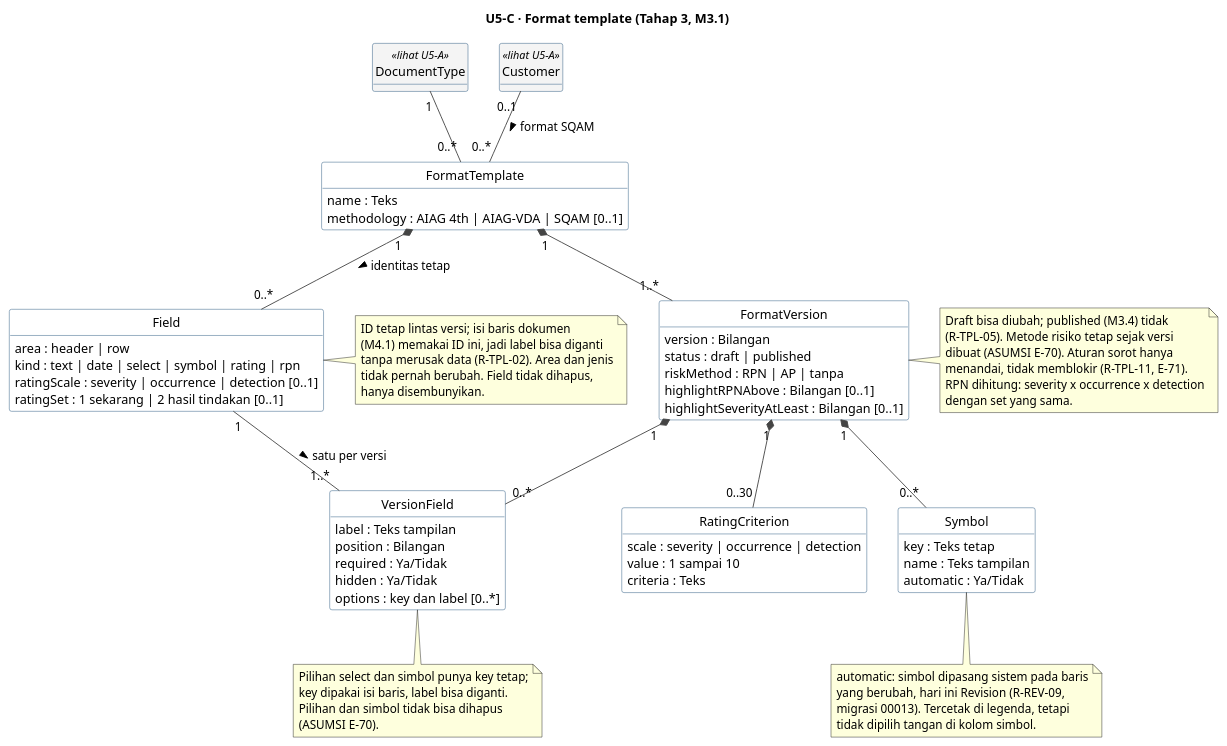
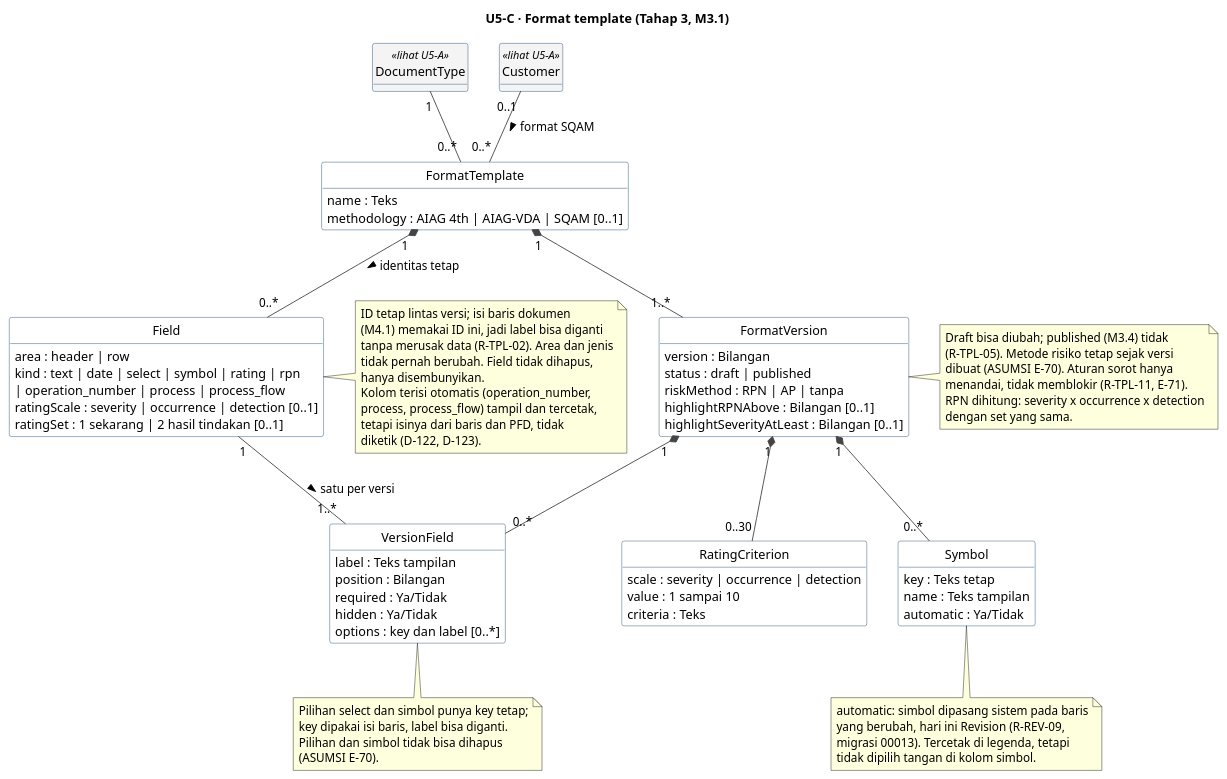
One commit to dkpauzi/revioten changed the third of 5 diagrams in docs/uml/U5-kelas-domain.puml. Above: the diagram before and after it, drawn with PlantUML. The commit also changed other lines of this file and 21 other files, not shown here.

```diff
--- a/docs/uml/U5-kelas-domain.puml
+++ b/docs/uml/U5-kelas-domain.puml
@@ -398,96 +399,101 @@
 @startuml U5-C-format-template
 hide circle
 hide empty methods
 skinparam shadowing false
 skinparam ArrowColor #444444
 skinparam class {
   BorderColor #1F4E79
   BackgroundColor #FFFFFF
   BackgroundColor<<lihat U5-A>> #F4F4F4
 }
 
 title U5-C · Format template (Tahap 3, M3.1)
 
 class FormatTemplate {
   name : Teks
   methodology : AIAG 4th | AIAG-VDA | SQAM [0..1]
 }
 
 class FormatVersion {
   version : Bilangan
   status : draft | published
   riskMethod : RPN | AP | tanpa
   highlightRPNAbove : Bilangan [0..1]
   highlightSeverityAtLeast : Bilangan [0..1]
 }
 
 class Field {
   area : header | row
   kind : text | date | select | symbol | rating | rpn
+         | operation_number | process | process_flow
   ratingScale : severity | occurrence | detection [0..1]
   ratingSet : 1 sekarang | 2 hasil tindakan [0..1]
 }
 
 class VersionField {
   label : Teks tampilan
   position : Bilangan
   required : Ya/Tidak
   hidden : Ya/Tidak
   options : key dan label [0..*]
 }
 
 class RatingCriterion {
   scale : severity | occurrence | detection
   value : 1 sampai 10
   criteria : Teks
 }
 
 class Symbol {
   key : Teks tetap
   name : Teks tampilan
   automatic : Ya/Tidak
 }
 
 class DocumentType <<lihat U5-A>>
 class Customer <<lihat U5-A>>
 
 DocumentType "1" -- "0..*" FormatTemplate
 Customer "0..1" -- "0..*" FormatTemplate : format SQAM >
 FormatTemplate "1" *-- "1..*" FormatVersion
 FormatTemplate "1" *-- "0..*" Field : identitas tetap >
 FormatVersion "1" *-- "0..*" VersionField
 Field "1" -- "1..*" VersionField : satu per versi >
 FormatVersion "1" *-- "0..30" RatingCriterion
 FormatVersion "1" *-- "0..*" Symbol
 
 note right of Field
   ID tetap lintas versi; isi baris dokumen
   (M4.1) memakai ID ini, jadi label bisa diganti
   tanpa merusak data (R-TPL-02). Area dan jenis
   tidak pernah berubah. Field tidak dihapus,
   hanya disembunyikan.
+  Kolom terisi otomatis (operation_number,
+  process, process_flow) tampil dan tercetak,
+  tetapi isinya dari baris dan PFD, tidak
+  diketik (D-122, D-123).
 end note
 
 note right of FormatVersion
   Draft bisa diubah; published (M3.4) tidak
   (R-TPL-05). Metode risiko tetap sejak versi
   dibuat (ASUMSI E-70). Aturan sorot hanya
   menandai, tidak memblokir (R-TPL-11, E-71).
   RPN dihitung: severity x occurrence x detection
   dengan set yang sama.
 end note
 
 note bottom of VersionField
   Pilihan select dan simbol punya key tetap;
   key dipakai isi baris, label bisa diganti.
   Pilihan dan simbol tidak bisa dihapus
   (ASUMSI E-70).
 end note
 
 note bottom of Symbol
   automatic: simbol dipasang sistem pada baris
   yang berubah, hari ini Revision (R-REV-09,
   migrasi 00013). Tercetak di legenda, tetapi
   tidak dipilih tangan di kolom simbol.
 end note
 @enduml
```
